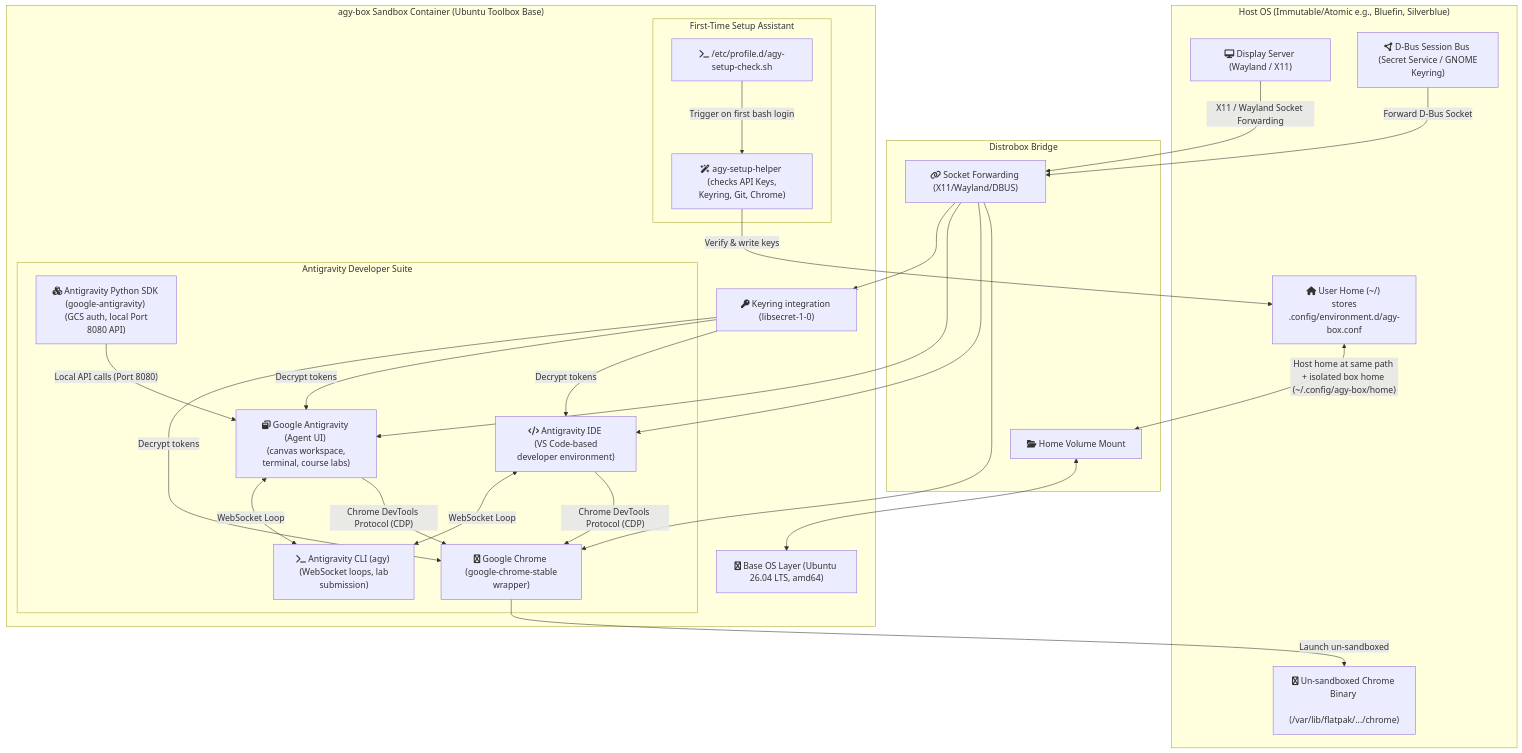
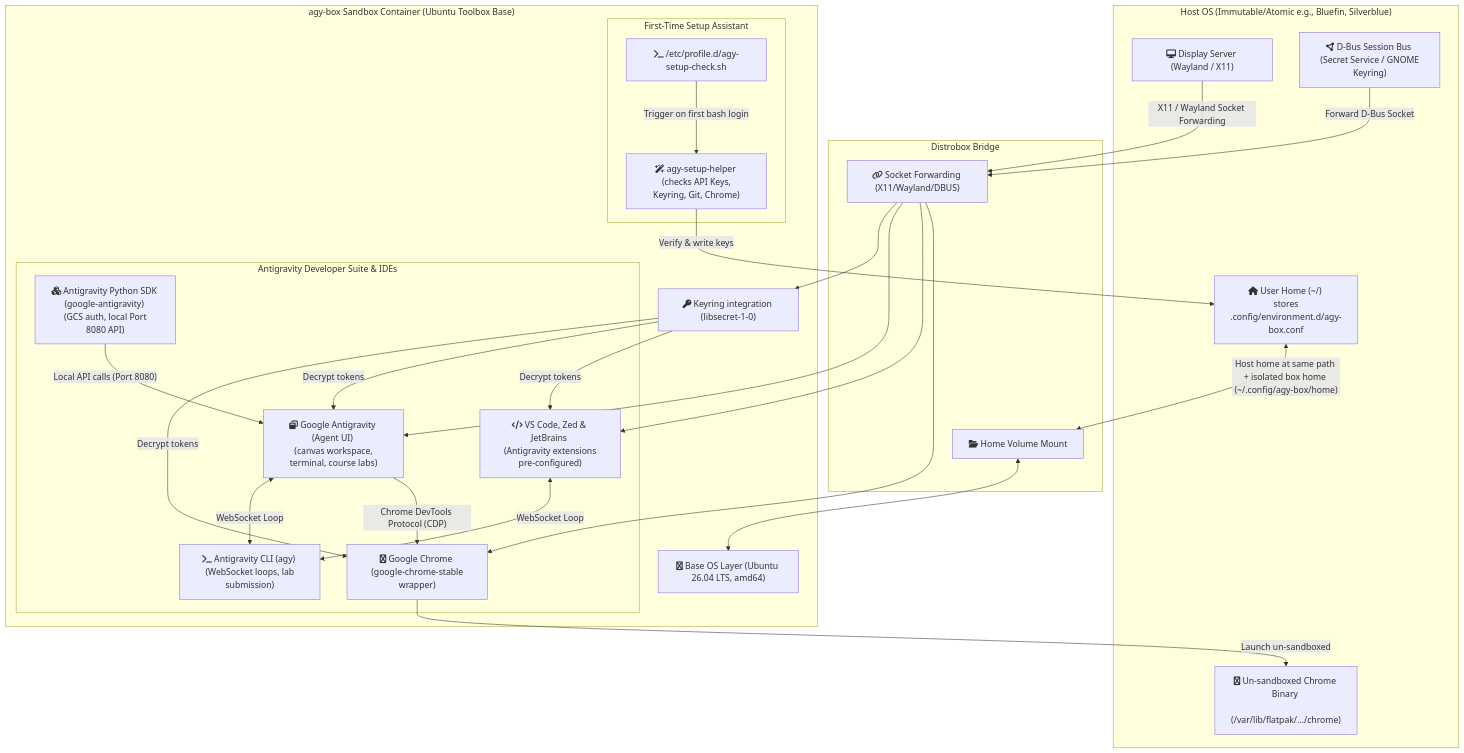
Before and after one commit to wtg-codes/agy-box: the diagram in docs/diagrams/system-topology.mmd, drawn with Mermaid. The commit also changed 23 other files, not shown here.

First line of the commit message:
feat: remove legacy antigravity-ide and update docs & GitHub Pages (#44)

```diff
--- a/docs/diagrams/system-topology.mmd
+++ b/docs/diagrams/system-topology.mmd
@@ -1,65 +1,64 @@
 graph TD
     subgraph Host ["Host OS (Immutable/Atomic e.g., Bluefin, Silverblue)"]
         UserHome["fa:fa-home User Home (~/) <br> stores .config/environment.d/agy-box.conf"]
         Display["fa:fa-desktop Display Server (Wayland / X11)"]
         DBus["fa:fa-circle-nodes D-Bus Session Bus <br> (Secret Service / GNOME Keyring)"]
         FlatpakChrome["fa:fa-chrome Un-sandboxed Chrome Binary <br> (/var/lib/flatpak/.../chrome)"]
     end
 
     subgraph Bridge ["Distrobox Bridge"]
         MountHome["fa:fa-folder-open Home Volume Mount"]
         ForwardSockets["fa:fa-link Socket Forwarding (X11/Wayland/DBUS)"]
     end
 
     subgraph Sandbox ["agy-box Sandbox Container (Ubuntu Toolbox Base)"]
         BaseOS["fa:fa-linux Base OS Layer (Ubuntu 26.04 LTS, amd64)"]
         KeyringClient["fa:fa-key Keyring integration (libsecret-1-0)"]
         
         subgraph Setup ["First-Time Setup Assistant"]
             SetupHelper["fa:fa-wand-magic-sparkles agy-setup-helper <br> (checks API Keys, Keyring, Git, Chrome)"]
             ProfileHook["fa:fa-terminal /etc/profile.d/agy-setup-check.sh"]
         end
 
-        subgraph Suite ["Antigravity Developer Suite"]
+        subgraph Suite ["Antigravity Developer Suite & IDEs"]
             AgentUI["fa:fa-window-restore Google Antigravity (Agent UI) <br> (canvas workspace, terminal, course labs)"]
-            IDE["fa:fa-code Antigravity IDE <br> (VS Code-based developer environment)"]
+            Editors["fa:fa-code VS Code, Zed & JetBrains <br> (Antigravity extensions pre-configured)"]
             CLI["fa:fa-terminal Antigravity CLI (agy) <br> (WebSocket loops, lab submission)"]
             SDK["fa:fa-cubes Antigravity Python SDK (google-antigravity) <br> (GCS auth, local Port 8080 API)"]
             ChromeWrapper["fa:fa-chrome Google Chrome <br> (google-chrome-stable wrapper)"]
         end
     end
 
     UserHome <-->|"Host home at same path + isolated box home (~/.config/agy-box/home)"| MountHome
     MountHome <--> BaseOS
     
     DBus -->|"Forward D-Bus Socket"| ForwardSockets
     ForwardSockets --> KeyringClient
     KeyringClient -->|"Decrypt tokens"| ChromeWrapper
     KeyringClient -->|"Decrypt tokens"| AgentUI
-    KeyringClient -->|"Decrypt tokens"| IDE
+    KeyringClient -->|"Decrypt tokens"| Editors
     
     Display -->|"X11 / Wayland Socket Forwarding"| ForwardSockets
     ForwardSockets --> AgentUI
-    ForwardSockets --> IDE
+    ForwardSockets --> Editors
     ForwardSockets --> ChromeWrapper
     
     AgentUI <-->|"WebSocket Loop"| CLI
-    IDE <-->|"WebSocket Loop"| CLI
+    Editors <-->|"WebSocket Loop"| CLI
     SDK -->|"Local API calls (Port 8080)"| AgentUI
     AgentUI -->|"Chrome DevTools Protocol (CDP)"| ChromeWrapper
-    IDE -->|"Chrome DevTools Protocol (CDP)"| ChromeWrapper
     ChromeWrapper -->|"Launch un-sandboxed"| FlatpakChrome
     
     ProfileHook -->|"Trigger on first bash login"| SetupHelper
     SetupHelper -->|"Verify & write keys"| UserHome
 
     %% Modern Theme Styling
     classDef host host;
     classDef bridge bridge;
     classDef sandbox sandbox;
     classDef setup setup;
 
     class UserHome,Display,DBus,FlatpakChrome host;
     class MountHome,ForwardSockets bridge;
-    class BaseOS,KeyringClient,IDE,CLI,SDK,ChromeWrapper,AgentUI sandbox;
+    class BaseOS,KeyringClient,Editors,CLI,SDK,ChromeWrapper,AgentUI sandbox;
     class SetupHelper,ProfileHook setup;
```
